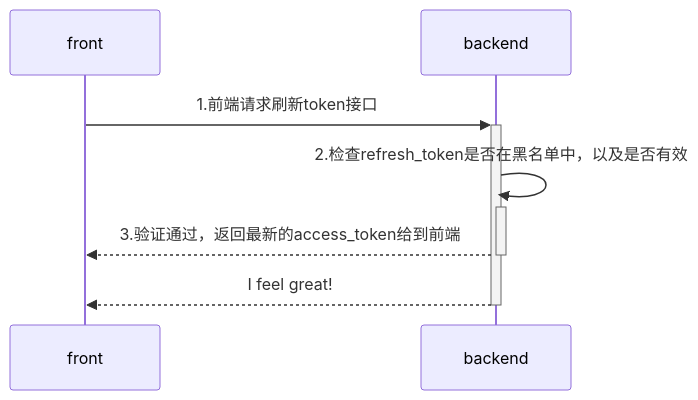
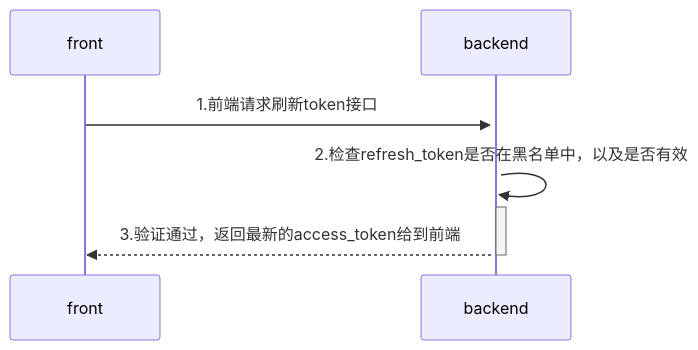
The diagram in all/未命名-4.md (yingjianzh/iodraw-files), drawn with Mermaid before and after one commit.

Commit message:
2024-08-02 17:51:41 update

````diff
--- a/all/未命名-4.md
+++ b/all/未命名-4.md
@@ -1,8 +1,8 @@
 ```mermaid
 sequenceDiagram
     front->>+backend: 1.前端请求刷新token接口
     backend->>+backend: 2.检查refresh_token是否在黑名单中，以及是否有效
     backend-->>-front: 3.验证通过，返回最新的access_token给到前端
-    backend-->>-front: I feel great!
+    
             
 ```
````
